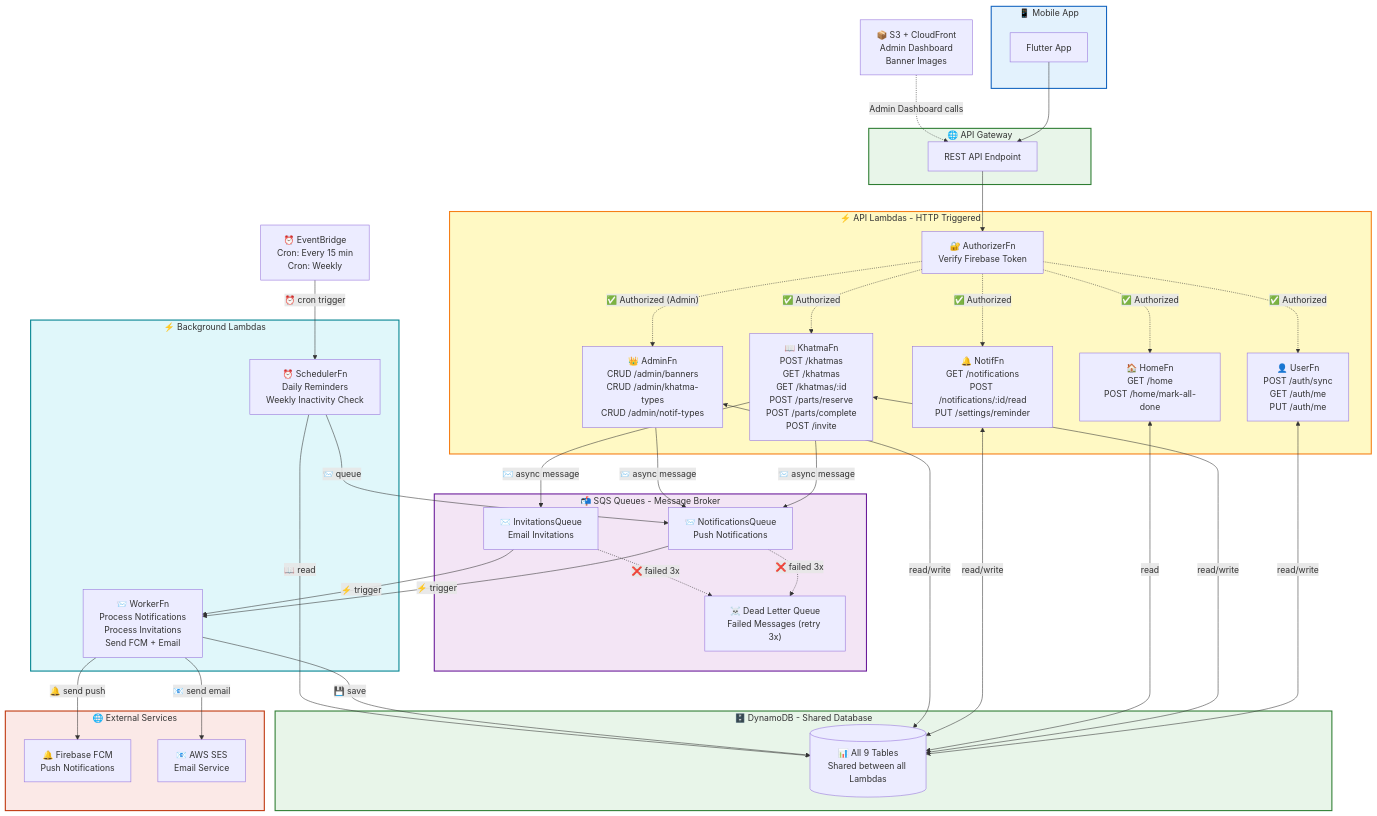
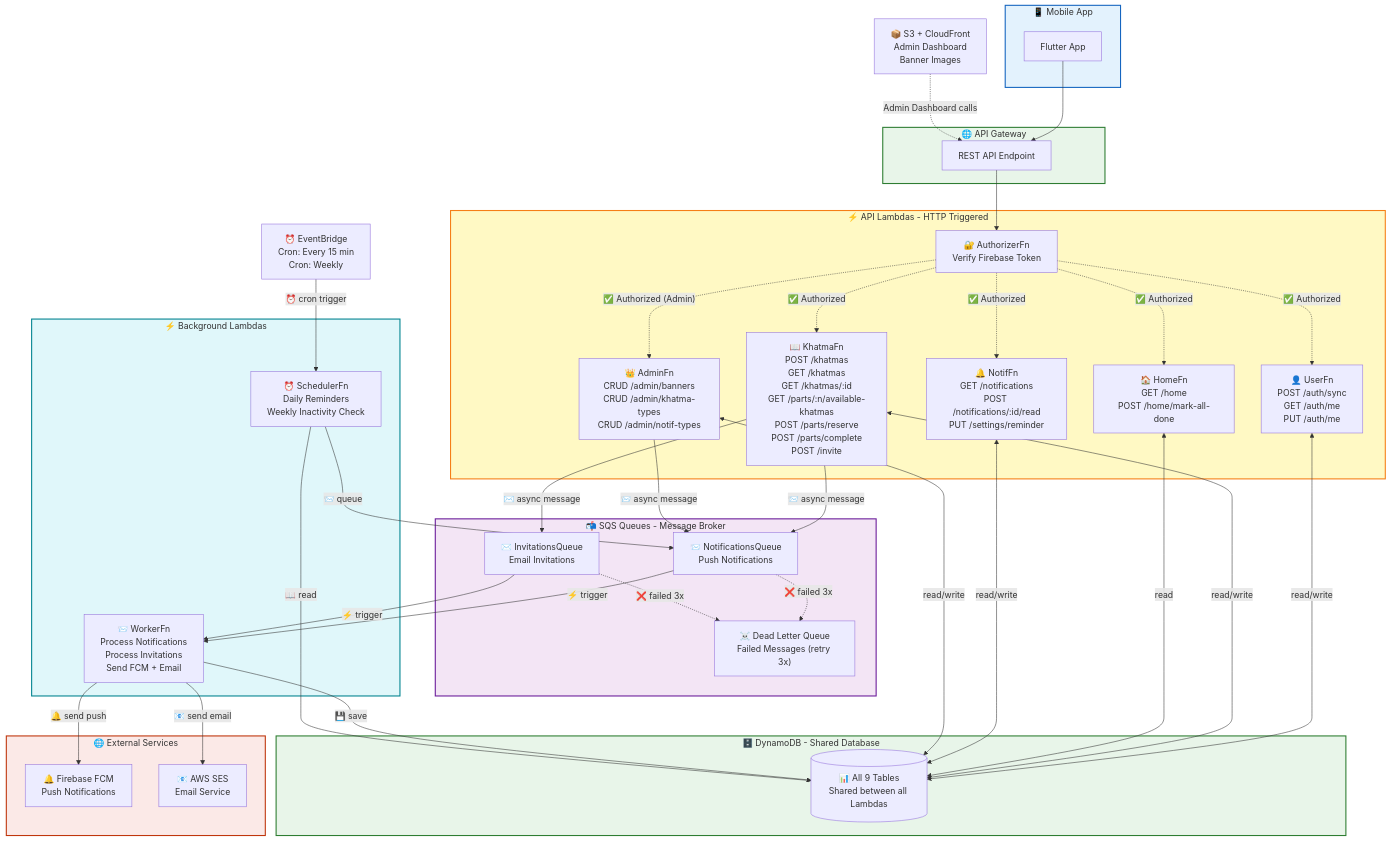
One commit to elsayedabdelnaby/khatma changed the first of 5 diagrams in diagrams/05-lambda-communication.md. Above: the diagram before and after it, drawn with Mermaid. The commit also changed 10 other files, not shown here.

Commit message:
Add Khatma API documentation v1.0.0 with architecture overview, authentication details, response formats, and endpoint references

```diff
--- a/diagrams/05-lambda-communication.md
+++ b/diagrams/05-lambda-communication.md
@@ -17,7 +17,7 @@
     subgraph APILambdas["⚡ API Lambdas - HTTP Triggered"]
         AuthFn["🔐 AuthorizerFn<br/>Verify Firebase Token"]
         UserFn["👤 UserFn<br/>POST /auth/sync<br/>GET /auth/me<br/>PUT /auth/me"]
-        KhatmaFn["📖 KhatmaFn<br/>POST /khatmas<br/>GET /khatmas<br/>GET /khatmas/:id<br/>POST /parts/reserve<br/>POST /parts/complete<br/>POST /invite"]
+        KhatmaFn["📖 KhatmaFn<br/>POST /khatmas<br/>GET /khatmas<br/>GET /khatmas/:id<br/>GET /parts/:n/available-khatmas<br/>POST /parts/reserve<br/>POST /parts/complete<br/>POST /invite"]
         HomeFn["🏠 HomeFn<br/>GET /home<br/>POST /home/mark-all-done"]
         NotifFn["🔔 NotifFn<br/>GET /notifications<br/>POST /notifications/:id/read<br/>PUT /settings/reminder"]
         AdminFn["👑 AdminFn<br/>CRUD /admin/banners<br/>CRUD /admin/khatma-types<br/>CRUD /admin/notif-types"]
```
